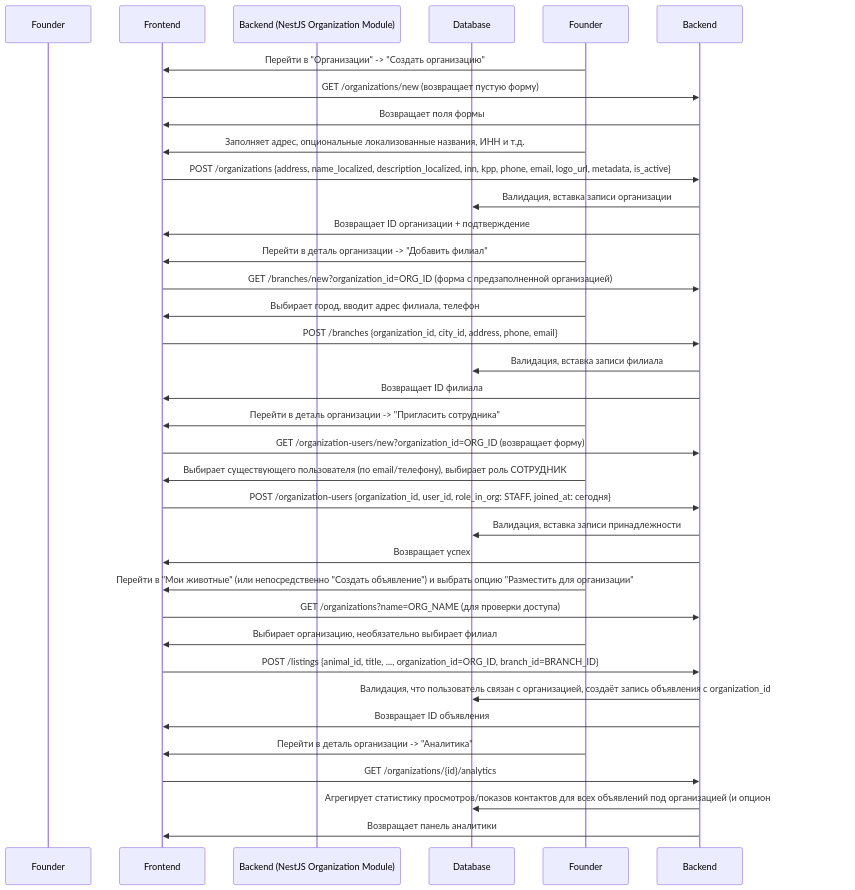
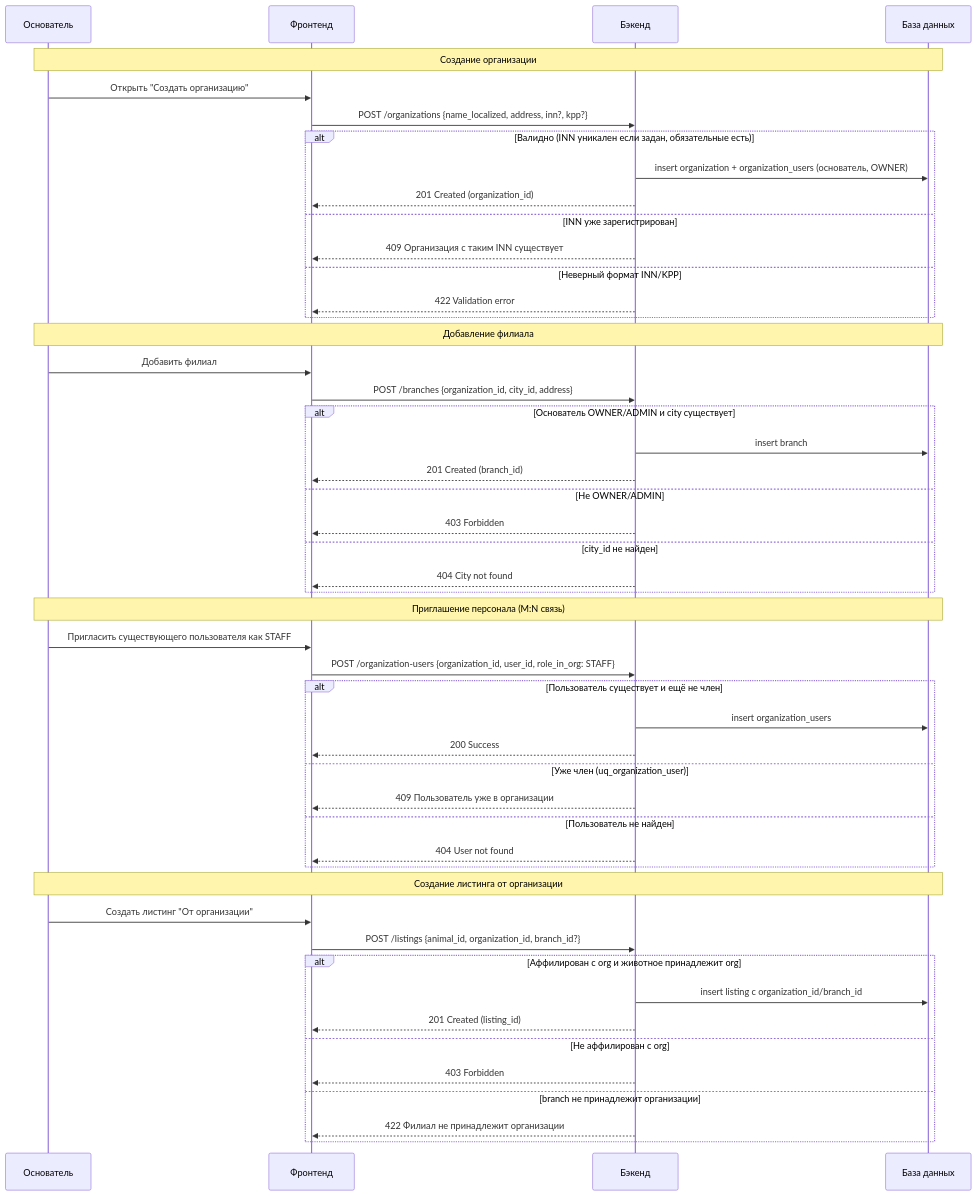
One commit to Aleksandr-Sulimenko/ZooLink changed the diagram in docsRU/02-requirements/business-requirements/organization-domain.md. Above: the diagram before and after it, drawn with Mermaid. The commit also changed other lines of this file and 18 other files, not shown here.

First line of the commit message:
P2 + item 9: визуализация стейт-машин, error-ветки sequence, гигиена доков

````diff
--- a/docsRU/02-requirements/business-requirements/organization-domain.md
+++ b/docsRU/02-requirements/business-requirements/organization-domain.md
@@ -153,46 +153,55 @@
 ```mermaid
 sequenceDiagram
-    participant User as Founder
-    participant Frontend
-    participant Backend (NestJS Organization Module)
-    participant Database
+    participant F as Основатель
+    participant FE as Фронтенд
+    participant BE as Бэкенд
+    participant DB as База данных
 
-    %% Создание организации
-    Founder->>Frontend: Перейти в "Организации" -> "Создать организацию"
-    Frontend->>Backend: GET /organizations/new (возвращает пустую форму)
-    Backend->>Frontend: Возвращает поля формы
-    Founder->>Frontend: Заполняет адрес, опциональные локализованные названия, ИНН и т.д.
-    Frontend->>Backend: POST /organizations {address, name_localized, description_localized, inn, kpp, phone, email, logo_url, metadata, is_active}
-    Backend->>Database: Валидация, вставка записи организации
-    Backend->>Frontend: Возвращает ID организации + подтверждение
+    Note over F,DB: Создание организации
+    F->>FE: Открыть "Создать организацию"
+    FE->>BE: POST /organizations {name_localized, address, inn?, kpp?}
+    alt Валидно (INN уникален если задан, обязательные есть)
+        BE->>DB: insert organization + organization_users (основатель, OWNER)
+        BE-->>FE: 201 Created (organization_id)
+    else INN уже зарегистрирован
+        BE-->>FE: 409 Организация с таким INN существует
+    else Неверный формат INN/KPP
+        BE-->>FE: 422 Validation error
+    end
 
-    %% Добавление филиала
-    Founder->>Frontend: Перейти в деталь организации -> "Добавить филиал"
-    Frontend->>Backend: GET /branches/new?organization_id=ORG_ID (форма с предзаполненной организацией)
-    Founder->>Frontend: Выбирает город, вводит адрес филиала, телефон
-    Frontend->>Backend: POST /branches {organization_id, city_id, address, phone, email}
-    Backend->>Database: Валидация, вставка записи филиала
-    Backend->>Frontend: Возвращает ID филиала
+    Note over F,DB: Добавление филиала
+    F->>FE: Добавить филиал
+    FE->>BE: POST /branches {organization_id, city_id, address}
+    alt Основатель OWNER/ADMIN и city существует
+        BE->>DB: insert branch
+        BE-->>FE: 201 Created (branch_id)
+    else Не OWNER/ADMIN
+        BE-->>FE: 403 Forbidden
+    else city_id не найден
+        BE-->>FE: 404 City not found
+    end
 
-    %% Приглашение сотрудника
-    Founder->>Frontend: Перейти в деталь организации -> "Пригласить сотрудника"
-    Frontend->>Backend: GET /organization-users/new?organization_id=ORG_ID (возвращает форму)
-    Founder->>Frontend: Выбирает существующего пользователя (по email/телефону), выбирает роль СОТРУДНИК
-    Frontend->>Backend: POST /organization-users {organization_id, user_id, role_in_org: STAFF, joined_at: сегодня}
-    Backend->>Database: Валидация, вставка записи принадлежности
-    Backend->>Frontend: Возвращает успех
+    Note over F,DB: Приглашение персонала (M:N связь)
+    F->>FE: Пригласить существующего пользователя как STAFF
+    FE->>BE: POST /organization-users {organization_id, user_id, role_in_org: STAFF}
+    alt Пользователь существует и ещё не член
+        BE->>DB: insert organization_users
+        BE-->>FE: 200 Success
+    else Уже член (uq_organization_user)
+        BE-->>FE: 409 Пользователь уже в организации
+    else Пользователь не найден
+        BE-->>FE: 404 User not found
+    end
 
-    %% Создание объявления от имени организации
-    Founder->>Frontend: Перейти в "Мои животные" (или непосредственно "Создать объявление") и выбрать опцию "Разместить для организации"
-    Frontend->>Backend: GET /organizations?name=ORG_NAME (для проверки доступа)
-    Founder->>Frontend: Выбирает организацию, необязательно выбирает филиал
-    Frontend->>Backend: POST /listings {animal_id, title, ..., organization_id=ORG_ID, branch_id=BRANCH_ID}
-    Backend->>Database: Валидация, что пользователь связан с организацией, создаёт запись объявления с organization_id/branch_id
-    Backend->>Frontend: Возвращает ID объявления
-
-    %% Просмотр аналитики организации
-    Founder->>Frontend: Перейти в деталь организации -> "Аналитика"
-    Frontend->>Backend: GET /organizations/{id}/analytics
-    Backend->>Database: Агрегирует статистику просмотров/показов контактов для всех объявлений под организацией (и опционально по филиалу)
-    Backend->>Frontend: Возвращает панель аналитики
+    Note over F,DB: Создание листинга от организации
+    F->>FE: Создать листинг "От организации"
+    FE->>BE: POST /listings {animal_id, organization_id, branch_id?}
+    alt Аффилирован с org и животное принадлежит org
+        BE->>DB: insert listing с organization_id/branch_id
+        BE-->>FE: 201 Created (listing_id)
+    else Не аффилирован с org
+        BE-->>FE: 403 Forbidden
+    else branch не принадлежит организации
+        BE-->>FE: 422 Филиал не принадлежит организации
+    end
 ```
````
